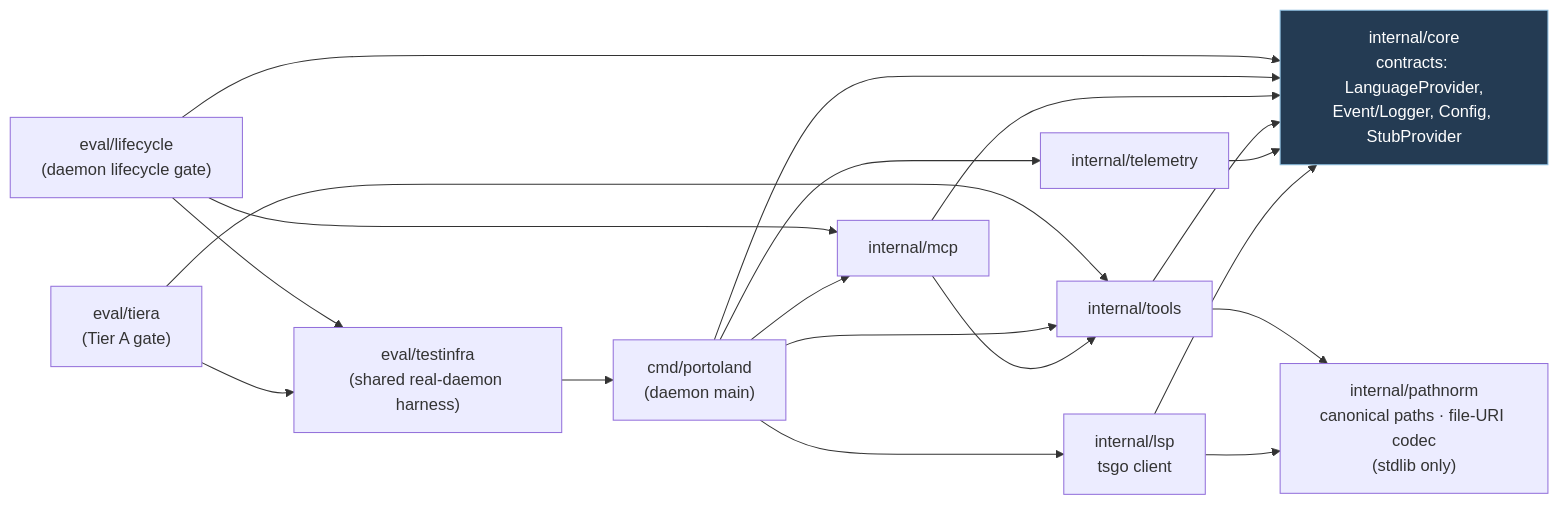
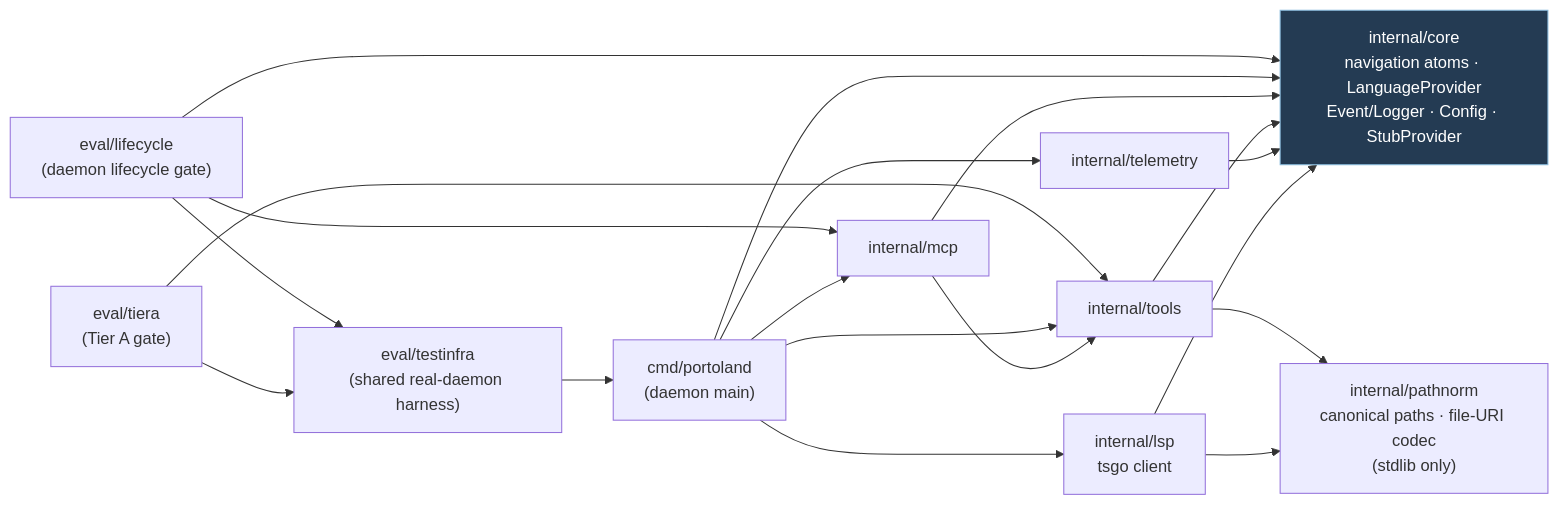
One commit to skflowne/portolan changed the fourth of 6 diagrams in ARCHITECTURE.md. Above: the diagram before and after it, drawn with Mermaid. The commit also changed other lines of this file and 1 other file, not shown here.

Commit message:
M3: document navigation atom ownership

````diff
--- a/ARCHITECTURE.md
+++ b/ARCHITECTURE.md
@@ -235,35 +235,35 @@
 ```mermaid
 flowchart LR
-    core["internal/core<br/>contracts: LanguageProvider,<br/>Event/Logger, Config, StubProvider"]
+    core["internal/core<br/>navigation atoms · LanguageProvider<br/>Event/Logger · Config · StubProvider"]
     lsp["internal/lsp<br/>tsgo client"]
     path["internal/pathnorm<br/>canonical paths · file-URI codec<br/>(stdlib only)"]
     tel["internal/telemetry"]
     tools["internal/tools"]
     mcp["internal/mcp"]
     cmd["cmd/portoland<br/>(daemon main)"]
     eval["eval/tiera<br/>(Tier A gate)"]
     lifecycle["eval/lifecycle<br/>(daemon lifecycle gate)"]
     testinfra["eval/testinfra<br/>(shared real-daemon harness)"]
 
     lsp --> core
     lsp --> path
     tel --> core
     tools --> core
     tools --> path
     mcp --> core
     mcp --> tools
     cmd --> core
     cmd --> lsp
     cmd --> tel
     cmd --> mcp
     cmd --> tools
     eval --> tools
     eval --> testinfra
     lifecycle --> testinfra
     lifecycle --> mcp
     lifecycle --> core
     testinfra --> cmd
 
     classDef center fill:#243b53,stroke:#8bd,color:#fff;
     class core center;
 ```
````
